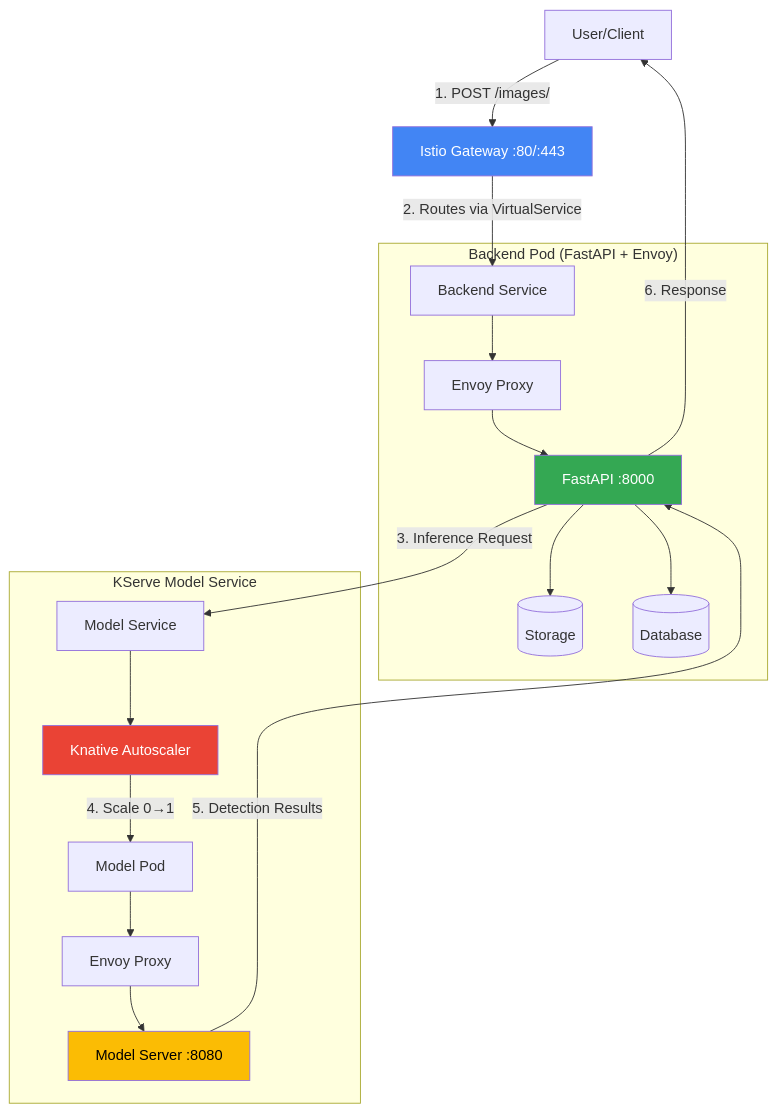
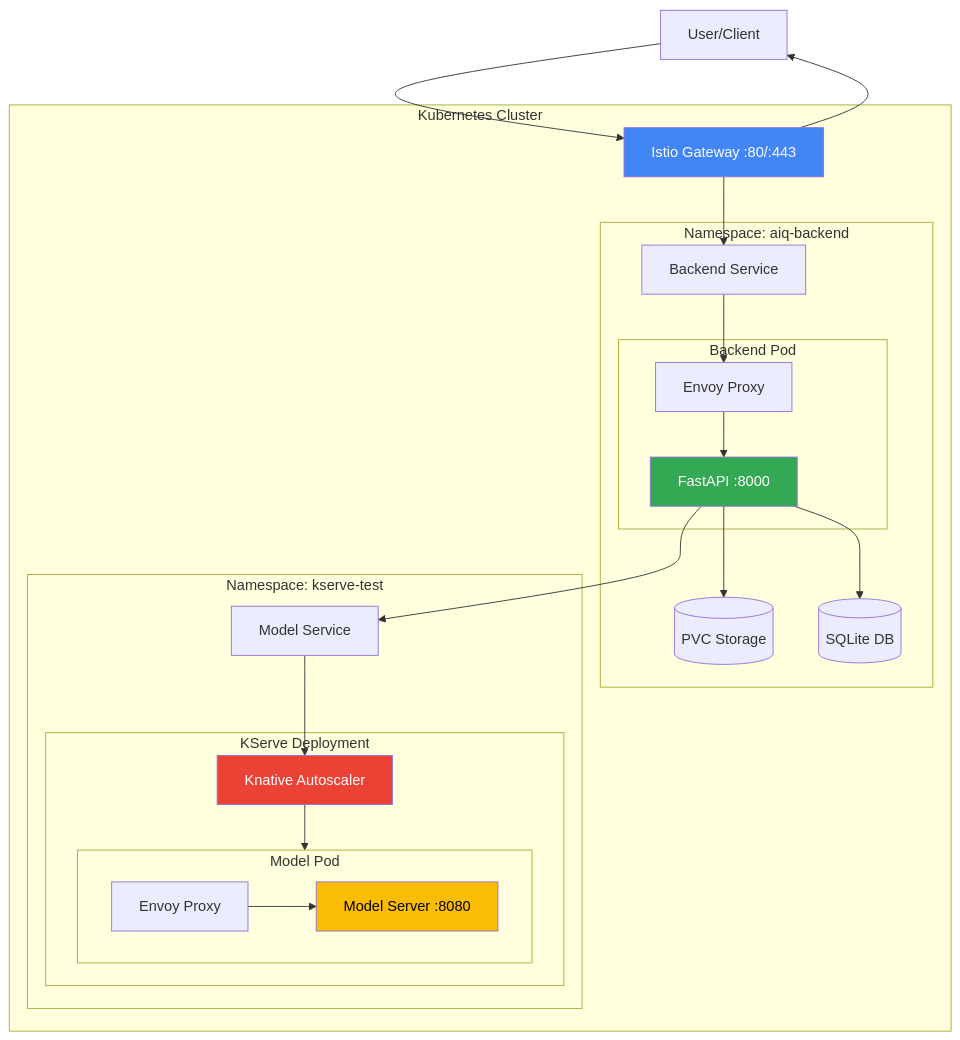
Before and after one commit to Cpicon/kserve_ml_deployment: the first of 2 diagrams in README.md, drawn with Mermaid. The commit also changed other lines of this file, not shown here.

Commit message:
Refactor `README.md` diagrams to enhance request flow clarity and provide detailed step-by-step explanation for user-to-inference interactions.

````diff
--- a/README.md
+++ b/README.md
@@ -15,29 +15,51 @@
 ```mermaid
 flowchart TB
-    User[User/Client] -->|1. POST /images/| Gateway[Istio Gateway :80/:443]
-    Gateway -->|2. Routes via VirtualService| Service[Backend Service]
+    User[User/Client] 
     
-    subgraph Backend["Backend Pod (FastAPI + Envoy)"]
-        Service --> Envoy1[Envoy Proxy]
-        Envoy1 --> FastAPI[FastAPI :8000]
-        FastAPI --> Storage[(Storage)]
-        FastAPI --> DB[(Database)]
+    subgraph K8s["Kubernetes Cluster"]
+        Gateway[Istio Gateway :80/:443]
+        
+        subgraph NS1["Namespace: aiq-backend"]
+            Service[Backend Service]
+            
+            subgraph BackendPod["Backend Pod"]
+                Envoy1[Envoy Proxy]
+                FastAPI[FastAPI :8000]
+            end
+            
+            Storage[(PVC Storage)]
+            DB[(SQLite DB)]
+        end
+        
+        subgraph NS2["Namespace: kserve-test"]
+            ModelService[Model Service]
+            
+            subgraph ModelDeployment["KServe Deployment"]
+                Knative[Knative Autoscaler]
+                
+                subgraph ModelPod["Model Pod"]
+                    Envoy2[Envoy Proxy]
+                    Model[Model Server :8080]
+                end
+            end
+        end
+        
+        Gateway --> Service
+        Service --> Envoy1
+        Envoy1 --> FastAPI
+        FastAPI --> Storage
+        FastAPI --> DB
+        FastAPI --> ModelService
+        ModelService --> Knative
+        Knative --> ModelPod
+        Envoy2 --> Model
     end
     
-    FastAPI -->|3. Inference Request| ModelService[Model Service]
-    
-    subgraph KServe["KServe Model Service"]
-        ModelService --> Knative[Knative Autoscaler]
-        Knative -->|4. Scale 0→1| ModelPod[Model Pod]
-        ModelPod --> Envoy2[Envoy Proxy]
-        Envoy2 --> Model[Model Server :8080]
-    end
-    
-    Model -->|5. Detection Results| FastAPI
-    FastAPI -->|6. Response| User
+    User --> Gateway
+    Gateway --> User
     
     style Gateway fill:#4285F4,color:#fff
     style FastAPI fill:#34A853,color:#fff
     style Model fill:#FBBC04,color:#000
     style Knative fill:#EA4335,color:#fff
 ```
````
